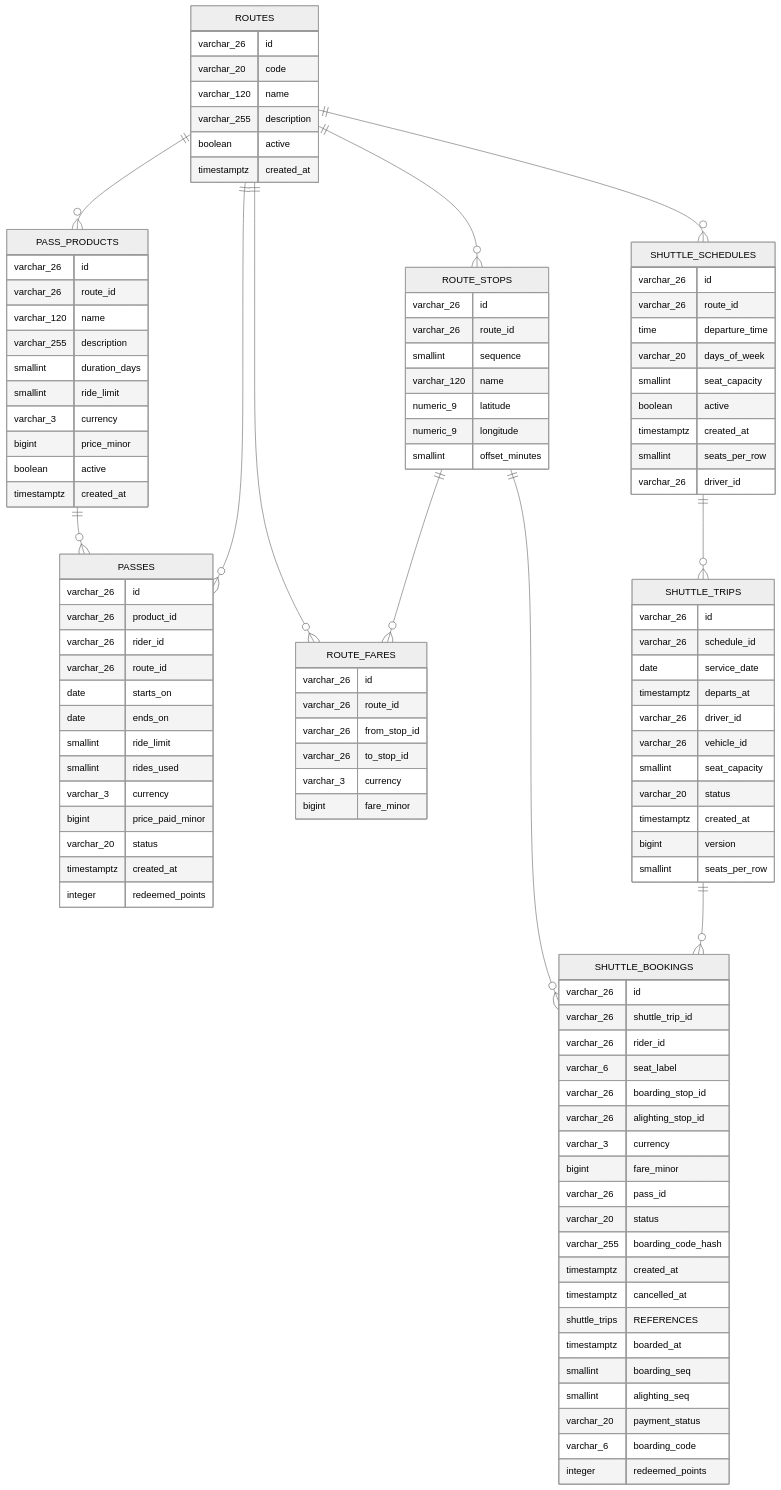
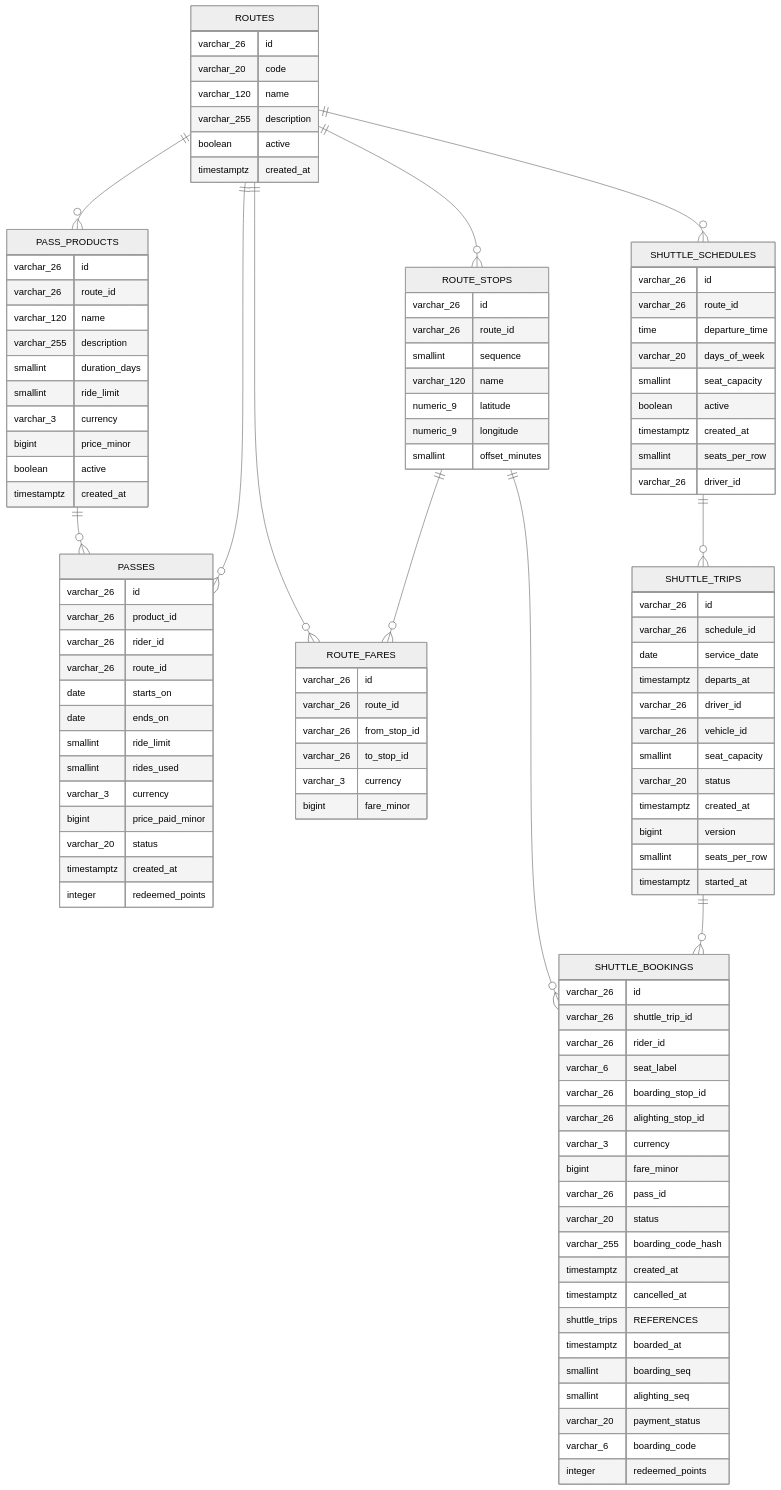
The fourth of 9 diagrams in docs/09-Project-ERD.md (kumarprince06/ridex-platform), drawn with Mermaid (neutral theme) before and after one commit. The commit also changed other lines of this file and 2 other files, not shown here.

Commit message:
docs: regenerate the contract and ERD for live shuttle tracking

```diff
--- a/docs/09-Project-ERD.md
+++ b/docs/09-Project-ERD.md
@@ -405,6 +405,7 @@
       timestamptz created_at
       bigint version
       smallint seats_per_row
+      timestamptz started_at
     }
     SHUTTLE_BOOKINGS {
       varchar_26 id
```
